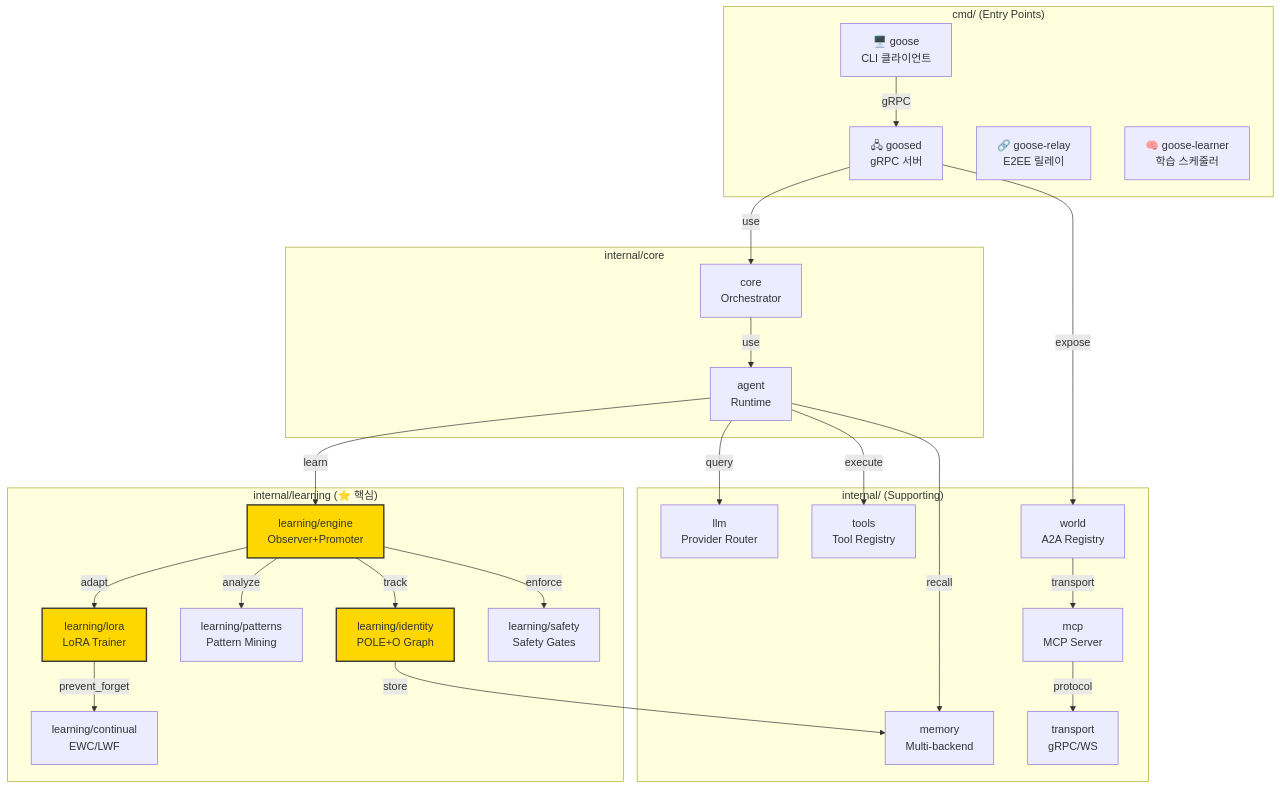
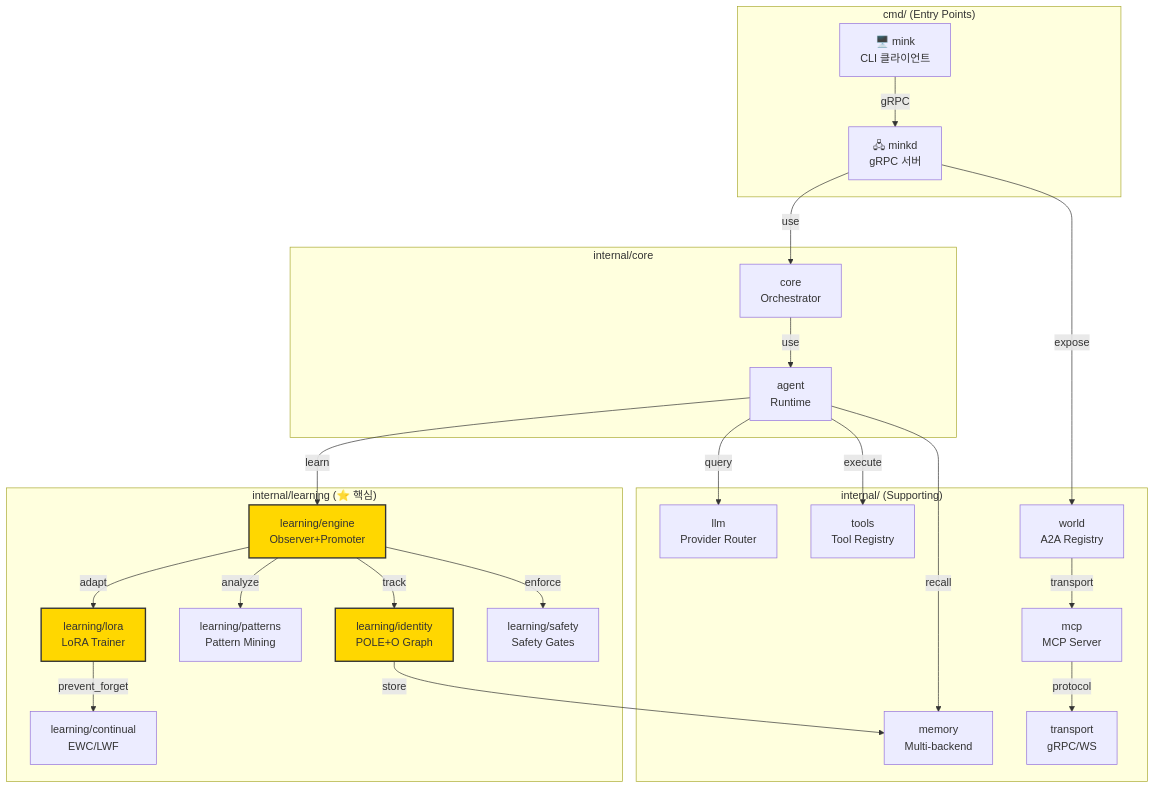
Before and after one commit to modu-ai/mink: the first of 5 diagrams in .moai/project/structure.md, drawn with Mermaid. The commit also changed other lines of this file and 9 other files, not shown here.

````diff
--- a/.moai/project/structure.md
+++ b/.moai/project/structure.md
@@ -705,53 +695,51 @@
 ```mermaid
 graph TB
     subgraph "cmd/ (Entry Points)"
-        goose["🖥️ goose<br/>CLI 클라이언트"]
-        goosed["🖧 goosed<br/>gRPC 서버"]
-        relay["🔗 goose-relay<br/>E2EE 릴레이"]
-        learner["🧠 goose-learner<br/>학습 스케줄러"]
+        mink["🖥️ mink<br/>CLI 클라이언트"]
+        minkd["🖧 minkd<br/>gRPC 서버"]
     end
     
     subgraph "internal/core"
         core["core<br/>Orchestrator"]
         agent["agent<br/>Runtime"]
     end
     
     subgraph "internal/learning (⭐ 핵심)"
         engine["learning/engine<br/>Observer+Promoter"]
         identity["learning/identity<br/>POLE+O Graph"]
         patterns["learning/patterns<br/>Pattern Mining"]
         lora["learning/lora<br/>LoRA Trainer"]
         continual["learning/continual<br/>EWC/LWF"]
         safety["learning/safety<br/>Safety Gates"]
     end
     
     subgraph "internal/ (Supporting)"
         llm["llm<br/>Provider Router"]
         tools["tools<br/>Tool Registry"]
         memory["memory<br/>Multi-backend"]
         world["world<br/>A2A Registry"]
         mcp["mcp<br/>MCP Server"]
         transport["transport<br/>gRPC/WS"]
     end
     
-    goose -->|gRPC| goosed
-    goosed -->|use| core
+    mink -->|gRPC| minkd
+    minkd -->|use| core
     core -->|use| agent
     agent -->|learn| engine
     engine -->|track| identity
     engine -->|analyze| patterns
     engine -->|adapt| lora
     lora -->|prevent_forget| continual
     engine -->|enforce| safety
     agent -->|query| llm
     agent -->|execute| tools
     agent -->|recall| memory
     identity -->|store| memory
-    goosed -->|expose| world
+    minkd -->|expose| world
     world -->|transport| mcp
     mcp -->|protocol| transport
     
     style engine fill:#FFD700,stroke:#333,stroke-width:2px
     style identity fill:#FFD700,stroke:#333,stroke-width:2px
     style lora fill:#FFD700,stroke:#333,stroke-width:2px
 ```
````
